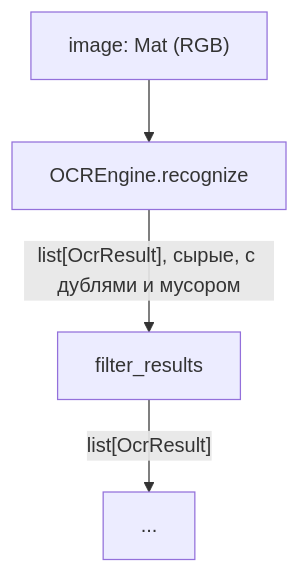
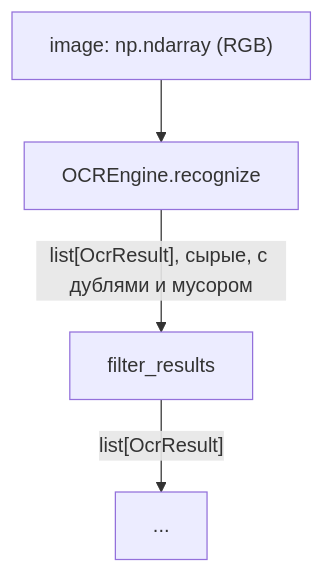
One commit to SergeyKrasnoslobodtsev/draftslice changed the diagram in docs/architecture/modules/ocr.md. Above: the diagram before and after it, drawn with Mermaid. The commit also changed other lines of this file and 11 other files, not shown here.

````diff
--- a/docs/architecture/modules/ocr.md
+++ b/docs/architecture/modules/ocr.md
@@ -8,6 +8,6 @@
 ```mermaid
 flowchart TD
-    A["image: Mat (RGB)"] --> B["OCREngine.recognize"]
+    A["image: np.ndarray (RGB)"] --> B["OCREngine.recognize"]
     B -->|"list[OcrResult], сырые, с дублями и мусором"| C["filter_results"]
     C -->|"list[OcrResult]"| D["..."]
 ```
````
